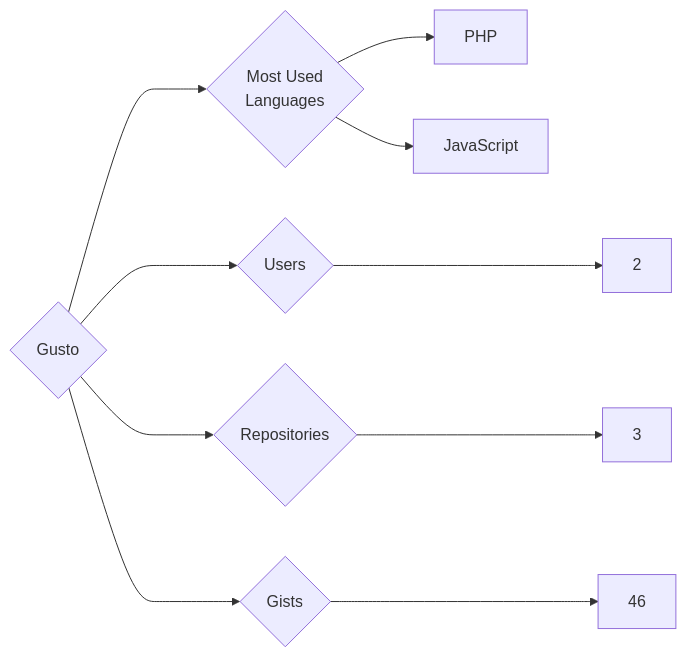
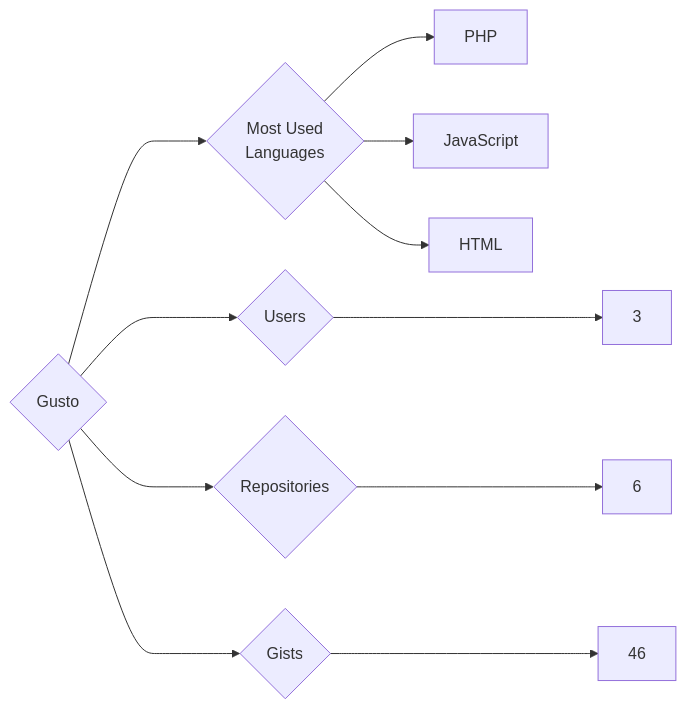
Before and after one commit to trickest/insiders: the diagram in targets/Gusto/README.md, drawn with Mermaid. The commit also changed 912 other files, not shown here.

````diff
--- a/targets/Gusto/README.md
+++ b/targets/Gusto/README.md
@@ -3,10 +3,11 @@
 ```mermaid
 graph LR
 COMPANY_NAME{Gusto}
-COMPANY_NAME ---> U{Users} ---> UN[2]
-COMPANY_NAME ---> R{Repositories} ---> RN[3]
+COMPANY_NAME ---> U{Users} ---> UN[3]
+COMPANY_NAME ---> R{Repositories} ---> RN[6]
 COMPANY_NAME ---> G{Gists} ---> GN[46]
 COMPANY_NAME ---> ML{Most Used<br>Languages}
 ML --> PHP[PHP]
 ML --> JavaScript[JavaScript]
+ML --> HTML[HTML]
 ```
````
